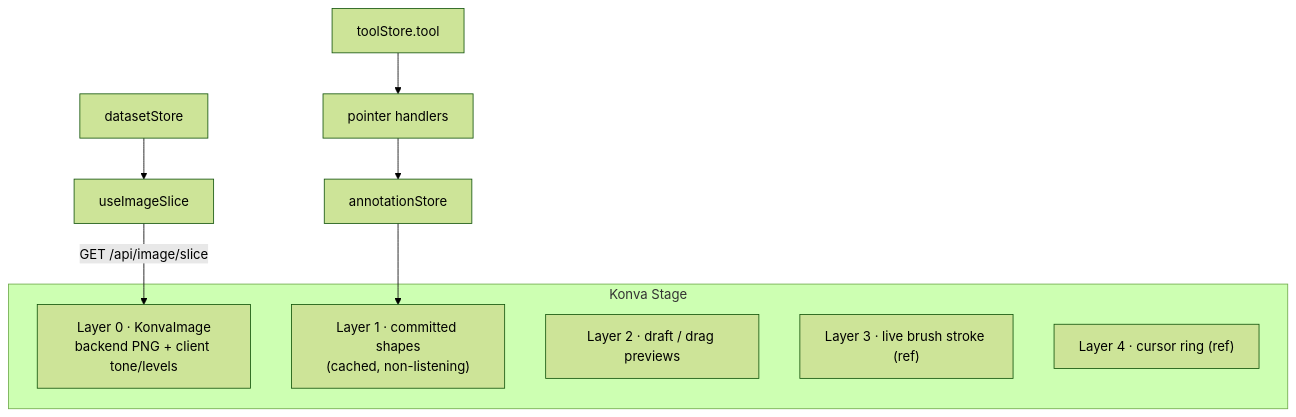
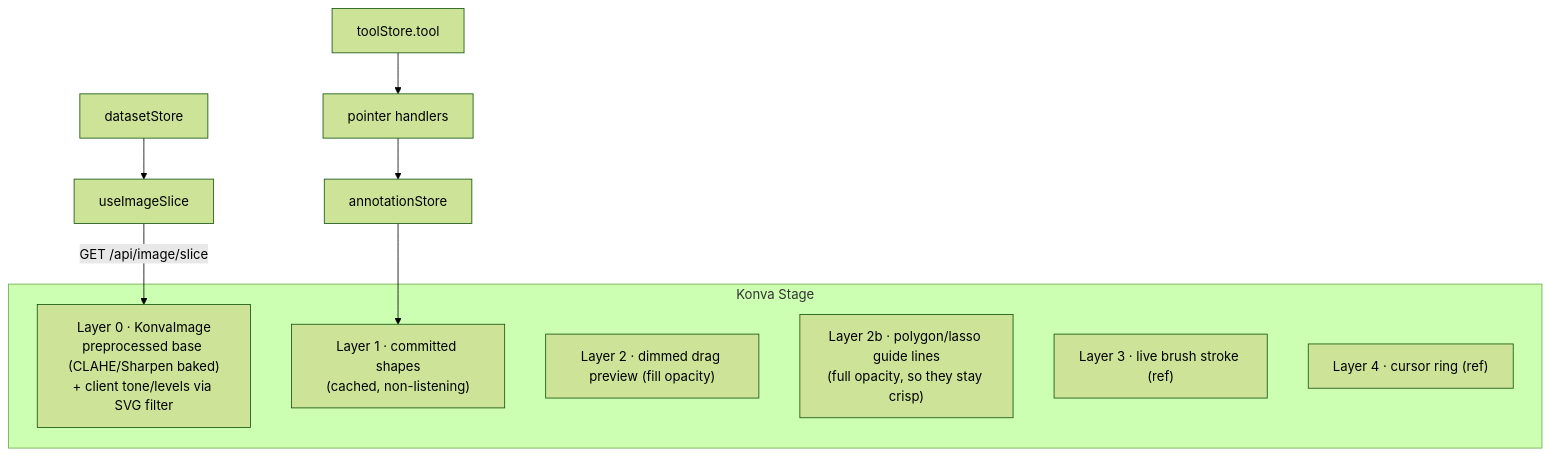
The sixth of 11 diagrams in docs/reference/architecture.md (mlexchange/Segmentation_Annotation_Studio), drawn with Mermaid (forest theme) before and after one commit. The commit also changed other lines of this file and 5 other files, not shown here.

````diff
--- a/docs/reference/architecture.md
+++ b/docs/reference/architecture.md
@@ -205,16 +211,17 @@
 ```mermaid
 graph TB
   subgraph Stage["Konva Stage"]
-    L0["Layer 0 · KonvaImage<br/>backend PNG + client tone/levels"]
+    L0["Layer 0 · KonvaImage<br/>preprocessed base (CLAHE/Sharpen baked)<br/>+ client tone/levels via SVG filter"]
     L1["Layer 1 · committed shapes<br/>(cached, non-listening)"]
-    L2["Layer 2 · draft / drag previews"]
+    L2["Layer 2 · dimmed drag preview (fill opacity)"]
+    L2b["Layer 2b · polygon/lasso guide lines<br/>(full opacity, so they stay crisp)"]
     L3["Layer 3 · live brush stroke (ref)"]
     L4["Layer 4 · cursor ring (ref)"]
   end
 
   DS["datasetStore"] --> UIS["useImageSlice"]
   UIS -->|"GET /api/image/slice"| L0
   AS["annotationStore"] --> L1
   TS["toolStore.tool"] --> HANDLERS["pointer handlers"]
   HANDLERS --> AS
 ```
````
